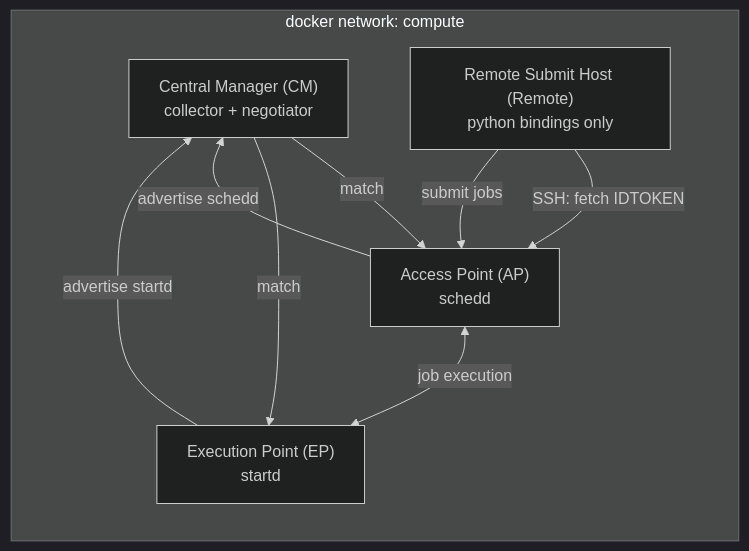
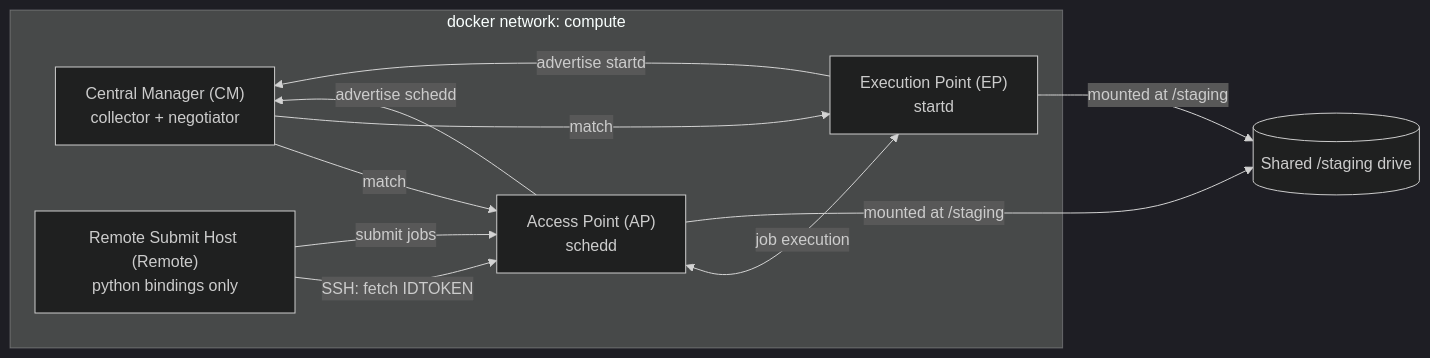
Before and after one commit to ColeBollig/mini-htcondor-docker-pool: the diagram in README.md, drawn with Mermaid (dark theme). The commit also changed other lines of this file, not shown here.

Commit message:
Show shared /staging drive in the README architecture diagram

````diff
--- a/README.md
+++ b/README.md
@@ -7,17 +7,21 @@
 ```mermaid
 flowchart LR
     subgraph compute["docker network: compute"]
         CM["Central Manager (CM)<br/>collector + negotiator"]
         AP["Access Point (AP)<br/>schedd"]
         EP["Execution Point (EP)<br/>startd"]
         Remote["Remote Submit Host (Remote)<br/>python bindings only"]
     end
 
+    Staging[("Shared /staging drive")]
+
     AP -- advertise schedd --> CM
     EP -- advertise startd --> CM
     CM -- match --> AP
     CM -- match --> EP
     AP <-- job execution --> EP
     Remote -- SSH: fetch IDTOKEN --> AP
     Remote -- submit jobs --> AP
+    AP -- mounted at /staging --> Staging
+    EP -- mounted at /staging --> Staging
 ```
````
